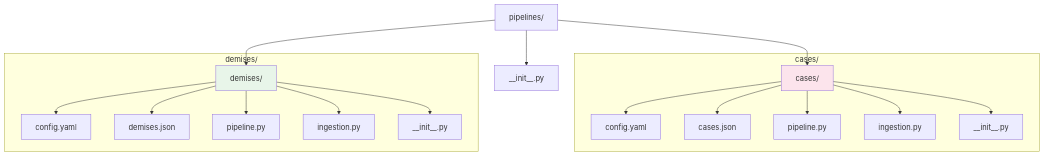
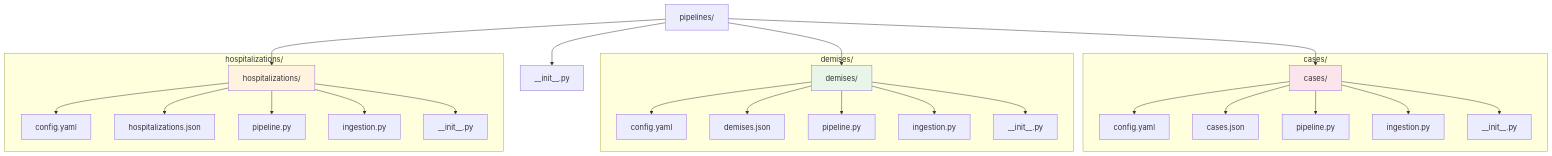
The fourth of 7 diagrams in ESTRUCTURA_PROYECTO.md (arthur8davis/tfm-dataflow-architecture), drawn with Mermaid before and after one commit. The commit also changed other lines of this file and 9 other files, not shown here.

````diff
--- a/ESTRUCTURA_PROYECTO.md
+++ b/ESTRUCTURA_PROYECTO.md
@@ -173,26 +176,36 @@
 ```mermaid
 graph TB
     Pipelines[pipelines/] --> Init1[__init__.py]
 
     Pipelines --> Cases[cases/]
     Pipelines --> Demises[demises/]
+    Pipelines --> Hospitals[hospitalizations/]
 
     subgraph "cases/"
         Cases --> CC[config.yaml]
         Cases --> CJ[cases.json]
         Cases --> CP[pipeline.py]
         Cases --> CI[ingestion.py]
         Cases --> CInit[__init__.py]
     end
 
     subgraph "demises/"
         Demises --> DC[config.yaml]
         Demises --> DJ[demises.json]
         Demises --> DP[pipeline.py]
         Demises --> DI[ingestion.py]
         Demises --> DInit[__init__.py]
     end
 
+    subgraph "hospitalizations/"
+        Hospitals --> HC[config.yaml]
+        Hospitals --> HJ[hospitalizations.json]
+        Hospitals --> HP[pipeline.py]
+        Hospitals --> HI[ingestion.py]
+        Hospitals --> HInit[__init__.py]
+    end
+
     style Cases fill:#fce4ec
     style Demises fill:#e8f5e9
+    style Hospitals fill:#fff3e0
 ```
````
